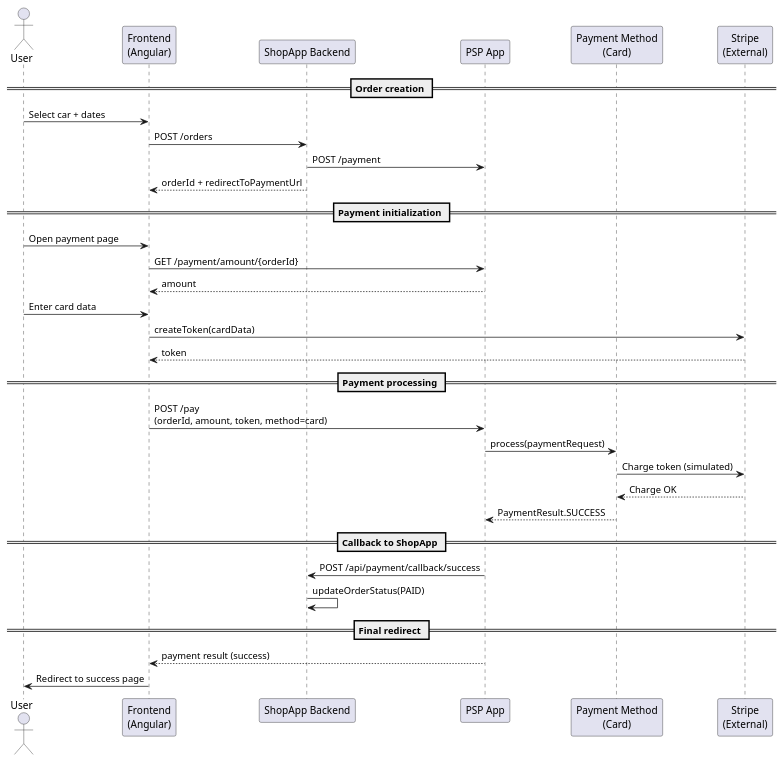
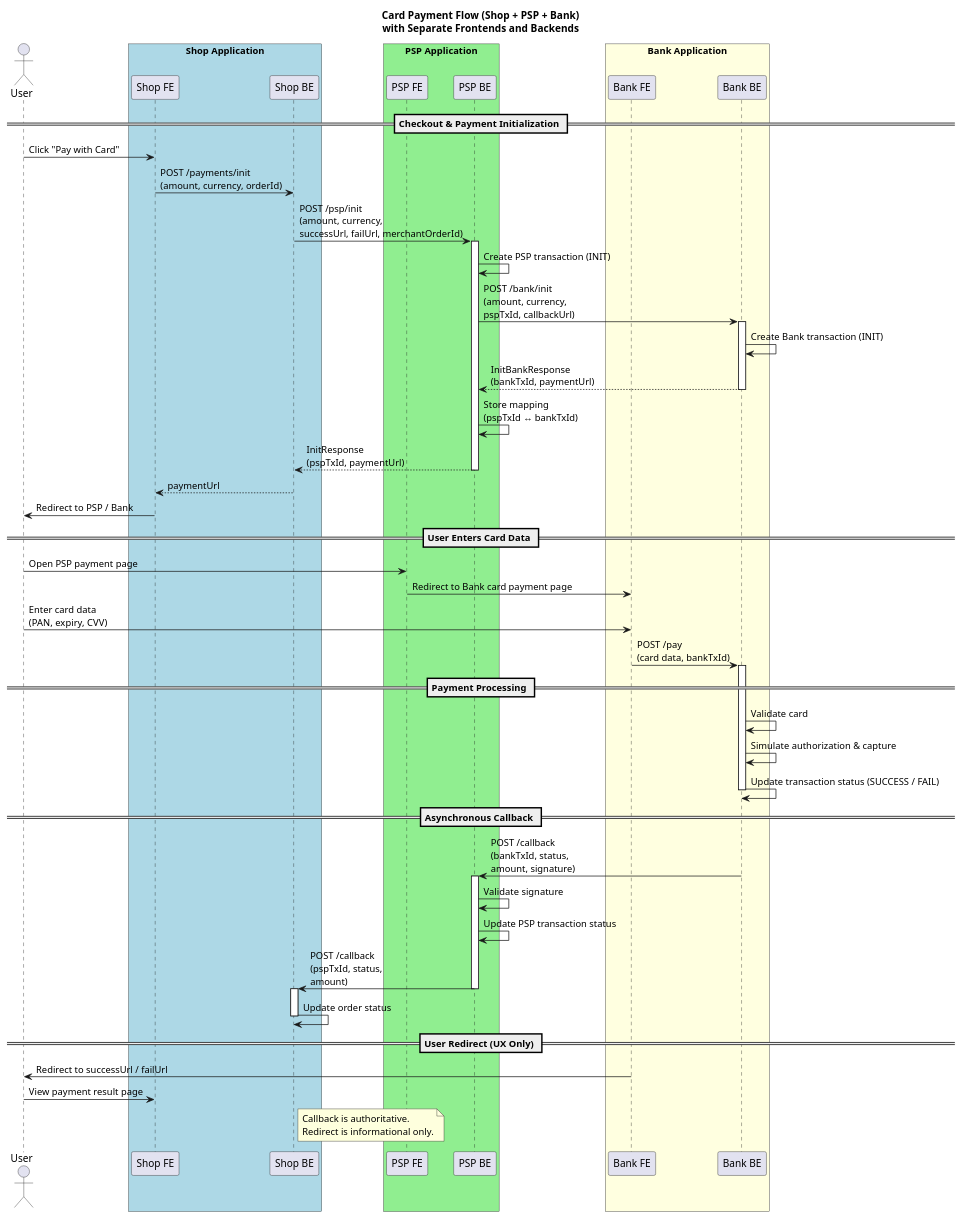
Before and after one commit to MarkoKuvizic/SEP-project: the diagram in payment_flow_diag.puml, drawn with PlantUML. The commit also changed 24 other files, not shown here.

Commit message:
[Add] Final tweaks and puml sequence diagram

```diff
--- a/payment_flow_diag.puml
+++ b/payment_flow_diag.puml
@@ -1,39 +1,81 @@
 @startuml
+title Card Payment Flow (Shop + PSP + Bank)\nwith Separate Frontends and Backends
+
 actor User
-participant "Frontend\n(Angular)" as FE
-participant "ShopApp Backend" as SHOP
-participant "PSP App" as PSP
-participant "Payment Method\n(Card)" as CARD
-participant "Stripe\n(External)" as STRIPE
 
-== Order creation ==
-User -> FE: Select car + dates
-FE -> SHOP: POST /orders
-SHOP -> PSP: POST /payment
-SHOP --> FE: orderId + redirectToPaymentUrl
+box "Shop Application" #LightBlue
+participant "Shop FE" as ShopFE
+participant "Shop BE" as ShopBE
+end box
 
-== Payment initialization ==
-User -> FE: Open payment page
-FE -> PSP: GET /payment/amount/{orderId}
-PSP --> FE: amount
+box "PSP Application" #LightGreen
+participant "PSP FE" as PSPFE
+participant "PSP BE" as PSPBE
+end box
 
-User -> FE: Enter card data
-FE -> STRIPE: createToken(cardData)
-STRIPE --> FE: token
+box "Bank Application" #LightYellow
+participant "Bank FE" as BankFE
+participant "Bank BE" as BankBE
+end box
 
-== Payment processing ==
-FE -> PSP: POST /pay\n(orderId, amount, token, method=card)
-PSP -> CARD: process(paymentRequest)
-CARD -> STRIPE: Charge token (simulated)
-STRIPE --> CARD: Charge OK
-CARD --> PSP: PaymentResult.SUCCESS
+== Checkout & Payment Initialization ==
 
-== Callback to ShopApp ==
-PSP -> SHOP: POST /api/payment/callback/success
-SHOP -> SHOP: updateOrderStatus(PAID)
+User -> ShopFE : Click "Pay with Card"
+ShopFE -> ShopBE : POST /payments/init\n(amount, currency, orderId)
+ShopBE -> PSPBE : POST /psp/init\n(amount, currency,\nsuccessUrl, failUrl, merchantOrderId)
 
-== Final redirect ==
-PSP --> FE: payment result (success)
-FE -> User: Redirect to success page
+activate PSPBE
+PSPBE -> PSPBE : Create PSP transaction (INIT)
+PSPBE -> BankBE : POST /bank/init\n(amount, currency,\npspTxId, callbackUrl)
+activate BankBE
+BankBE -> BankBE : Create Bank transaction (INIT)
+BankBE --> PSPBE : InitBankResponse\n(bankTxId, paymentUrl)
+deactivate BankBE
+
+PSPBE -> PSPBE : Store mapping\n(pspTxId ↔ bankTxId)
+PSPBE --> ShopBE : InitResponse\n(pspTxId, paymentUrl)
+deactivate PSPBE
+
+ShopBE --> ShopFE : paymentUrl
+ShopFE -> User : Redirect to PSP / Bank
+
+== User Enters Card Data ==
+
+User -> PSPFE : Open PSP payment page
+PSPFE -> BankFE : Redirect to Bank card payment page
+
+User -> BankFE : Enter card data\n(PAN, expiry, CVV)
+BankFE -> BankBE : POST /pay\n(card data, bankTxId)
+
+== Payment Processing ==
+
+activate BankBE
+BankBE -> BankBE : Validate card
+BankBE -> BankBE : Simulate authorization & capture
+BankBE -> BankBE : Update transaction status (SUCCESS / FAIL)
+deactivate BankBE
+
+== Asynchronous Callback ==
+
+BankBE -> PSPBE : POST /callback\n(bankTxId, status,\namount, signature)
+activate PSPBE
+PSPBE -> PSPBE : Validate signature
+PSPBE -> PSPBE : Update PSP transaction status
+PSPBE -> ShopBE : POST /callback\n(pspTxId, status,\namount)
+deactivate PSPBE
+
+activate ShopBE
+ShopBE -> ShopBE : Update order status
+deactivate ShopBE
+
+== User Redirect (UX Only) ==
+
+BankFE -> User : Redirect to successUrl / failUrl
+User -> ShopFE : View payment result page
+
+note right of ShopBE
+Callback is authoritative.
+Redirect is informational only.
+end note
 
 @enduml
```
